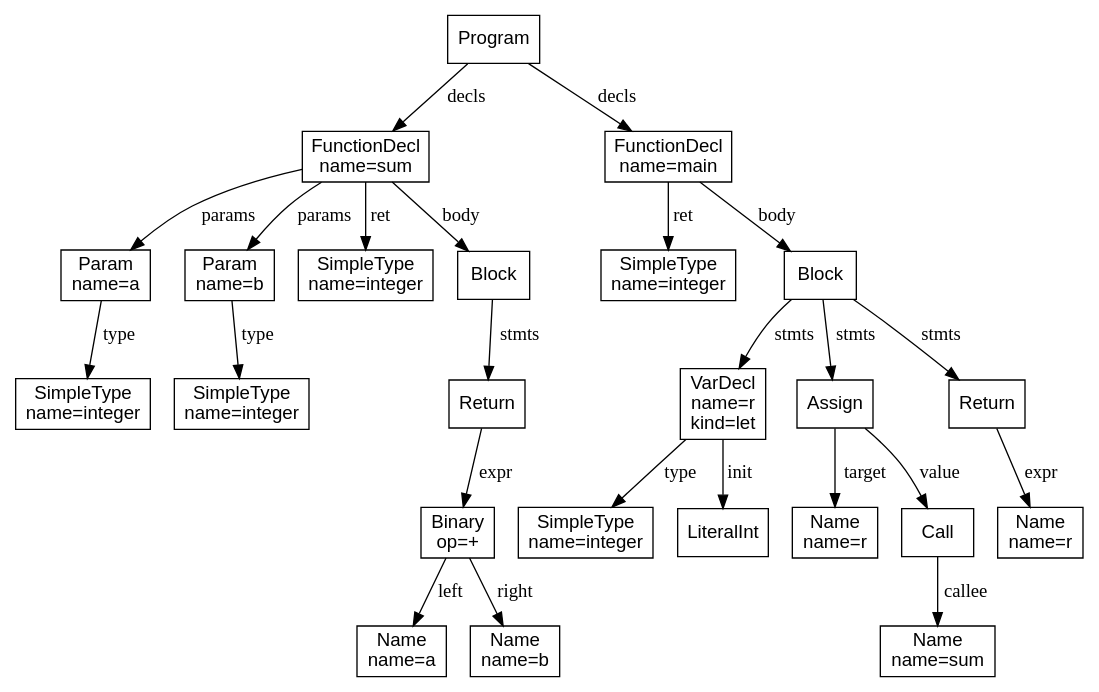
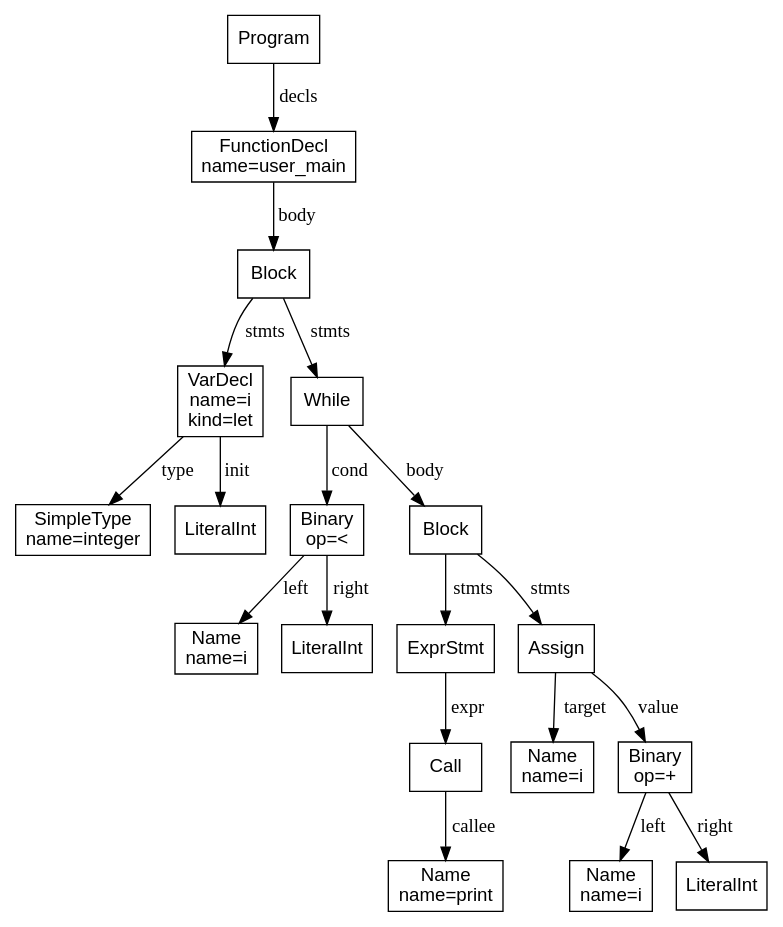
One commit to DanielDubon/compilers-2025_Dubon changed the diagram in compiscript/program/ast.dot. Above: the diagram before and after it, drawn with Graphviz. The commit also changed 1487 other files, not shown here.

First line of the commit message:
fix(mips): Correct runtime, control flow, and code generation

```diff
--- a/compiscript/program/ast.dot
+++ b/compiscript/program/ast.dot
@@ -1,50 +1,40 @@
 digraph AST {
   node [shape=box, fontname="Arial"];
   n0 [label="Program"];
-  n1 [label="FunctionDecl\nname=sum"];
-  n2 [label="Param\nname=a"];
-  n3 [label="SimpleType\nname=integer"];
-  n2 -> n3 [label="type"];
-  n1 -> n2 [label="params"];
-  n4 [label="Param\nname=b"];
-  n5 [label="SimpleType\nname=integer"];
-  n4 -> n5 [label="type"];
-  n1 -> n4 [label="params"];
-  n6 [label="SimpleType\nname=integer"];
-  n1 -> n6 [label="ret"];
-  n7 [label="Block"];
-  n8 [label="Return"];
-  n9 [label="Binary\nop=+"];
-  n10 [label="Name\nname=a"];
-  n9 -> n10 [label="left"];
-  n11 [label="Name\nname=b"];
-  n9 -> n11 [label="right"];
-  n8 -> n9 [label="expr"];
-  n7 -> n8 [label="stmts"];
-  n1 -> n7 [label="body"];
+  n1 [label="FunctionDecl\nname=user_main"];
+  n2 [label="Block"];
+  n3 [label="VarDecl\nname=i\nkind=let"];
+  n4 [label="SimpleType\nname=integer"];
+  n3 -> n4 [label="type"];
+  n5 [label="LiteralInt"];
+  n3 -> n5 [label="init"];
+  n2 -> n3 [label="stmts"];
+  n6 [label="While"];
+  n7 [label="Binary\nop=<"];
+  n8 [label="Name\nname=i"];
+  n7 -> n8 [label="left"];
+  n9 [label="LiteralInt"];
+  n7 -> n9 [label="right"];
+  n6 -> n7 [label="cond"];
+  n10 [label="Block"];
+  n11 [label="ExprStmt"];
+  n12 [label="Call"];
+  n13 [label="Name\nname=print"];
+  n12 -> n13 [label="callee"];
+  n11 -> n12 [label="expr"];
+  n10 -> n11 [label="stmts"];
+  n14 [label="Assign"];
+  n15 [label="Name\nname=i"];
+  n14 -> n15 [label="target"];
+  n16 [label="Binary\nop=+"];
+  n17 [label="Name\nname=i"];
+  n16 -> n17 [label="left"];
+  n18 [label="LiteralInt"];
+  n16 -> n18 [label="right"];
+  n14 -> n16 [label="value"];
+  n10 -> n14 [label="stmts"];
+  n6 -> n10 [label="body"];
+  n2 -> n6 [label="stmts"];
+  n1 -> n2 [label="body"];
   n0 -> n1 [label="decls"];
-  n12 [label="FunctionDecl\nname=main"];
-  n13 [label="SimpleType\nname=integer"];
-  n12 -> n13 [label="ret"];
-  n14 [label="Block"];
-  n15 [label="VarDecl\nname=r\nkind=let"];
-  n16 [label="SimpleType\nname=integer"];
-  n15 -> n16 [label="type"];
-  n17 [label="LiteralInt"];
-  n15 -> n17 [label="init"];
-  n14 -> n15 [label="stmts"];
-  n18 [label="Assign"];
-  n19 [label="Name\nname=r"];
-  n18 -> n19 [label="target"];
-  n20 [label="Call"];
-  n21 [label="Name\nname=sum"];
-  n20 -> n21 [label="callee"];
-  n18 -> n20 [label="value"];
-  n14 -> n18 [label="stmts"];
-  n22 [label="Return"];
-  n23 [label="Name\nname=r"];
-  n22 -> n23 [label="expr"];
-  n14 -> n22 [label="stmts"];
-  n12 -> n14 [label="body"];
-  n0 -> n12 [label="decls"];
 }
```
